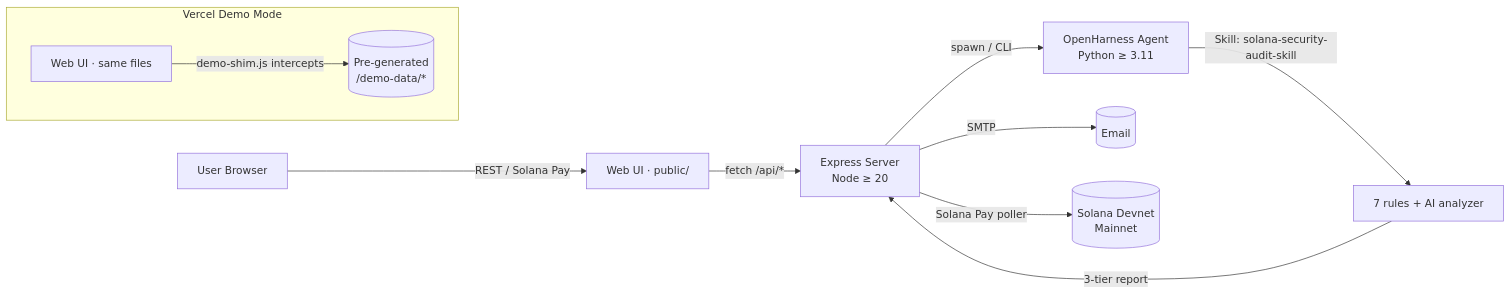
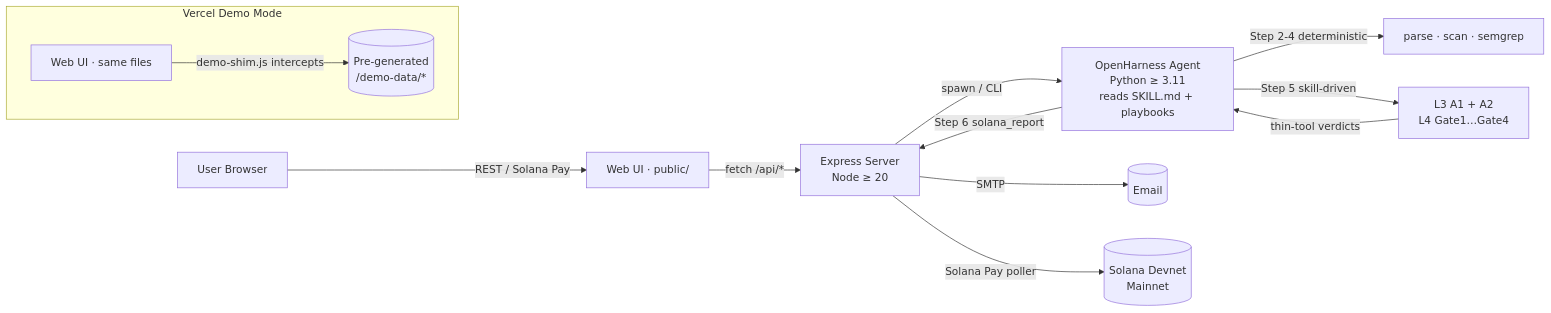
One commit to Keybird0/SolGuard changed the diagram in README.md. Above: the diagram before and after it, drawn with Mermaid. The commit also changed other lines of this file and 25 other files, not shown here.

````diff
--- a/README.md
+++ b/README.md
@@ -64,15 +64,17 @@
 ```mermaid
 flowchart LR
     U[User Browser] -->|REST / Solana Pay| W[Web UI · public/]
     W -->|fetch /api/*| S[Express Server<br/>Node ≥ 20]
-    S -->|spawn / CLI| A[OpenHarness Agent<br/>Python ≥ 3.11]
-    A -->|Skill: solana-security-audit-skill| T[7 rules + AI analyzer]
-    T -->|3-tier report| S
+    S -->|spawn / CLI| A[OpenHarness Agent<br/>Python ≥ 3.11<br/>reads SKILL.md + playbooks]
+    A -->|Step 2-4 deterministic| D[parse · scan · semgrep]
+    A -->|Step 5 skill-driven| L[L3 A1 + A2<br/>L4 Gate1…Gate4]
+    L -->|thin-tool verdicts| A
+    A -->|Step 6 solana_report| S
     S -->|SMTP| E[(Email)]
     S -->|Solana Pay poller| C[(Solana Devnet<br/>Mainnet)]
 
     subgraph Vercel Demo Mode
       direction LR
       W2[Web UI · same files] -->|demo-shim.js intercepts| M[(Pre-generated<br/>/demo-data/*)]
     end
 ```
````
